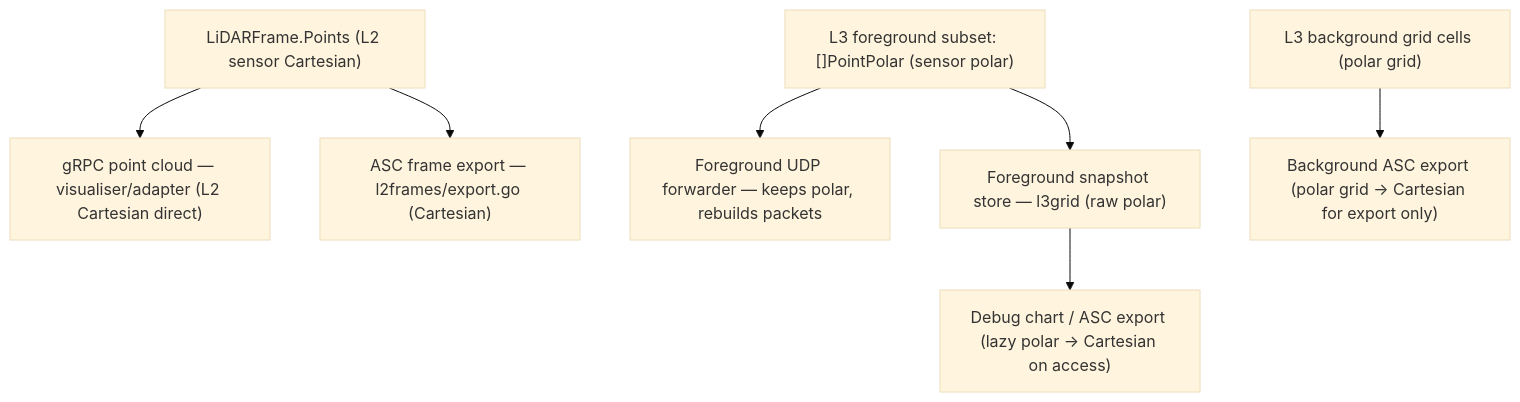
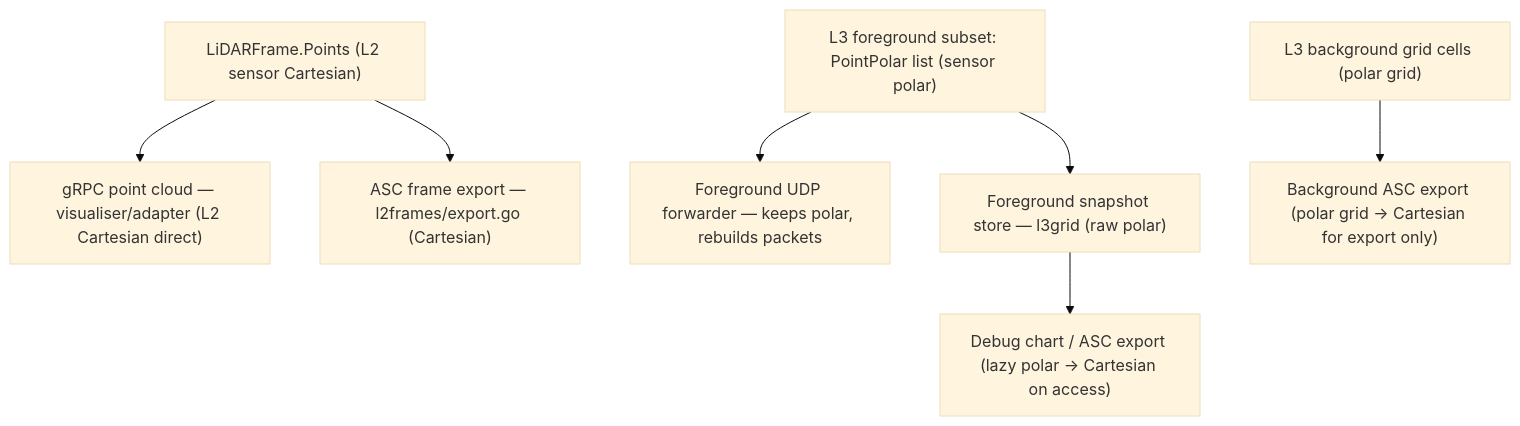
The second of 2 diagrams in docs/lidar/architecture/coordinate-flow-audit.md (banshee-data/velocity.report), drawn with Mermaid (base theme) before and after one commit. The commit also changed other lines of this file and 1 other file, not shown here.

Commit message:
docs: update flowchart labels for clarity in LiDAR architecture documentation

````diff
--- a/docs/lidar/architecture/coordinate-flow-audit.md
+++ b/docs/lidar/architecture/coordinate-flow-audit.md
@@ -52,11 +52,11 @@
 ```mermaid
 flowchart TD
     A["LiDARFrame.Points (L2 sensor Cartesian)"] --> B["gRPC point cloud — visualiser/adapter (L2 Cartesian direct)"]
     A --> C["ASC frame export — l2frames/export.go (Cartesian)"]
 
-    D["L3 foreground subset: []PointPolar (sensor polar)"] --> E["Foreground UDP forwarder — keeps polar, rebuilds packets"]
+    D["L3 foreground subset: PointPolar list (sensor polar)"] --> E["Foreground UDP forwarder — keeps polar, rebuilds packets"]
     D --> F["Foreground snapshot store — l3grid (raw polar)"]
     F --> G["Debug chart / ASC export (lazy polar → Cartesian on access)"]
 
     H["L3 background grid cells (polar grid)"] --> I["Background ASC export (polar grid → Cartesian for export only)"]
 ```
````
